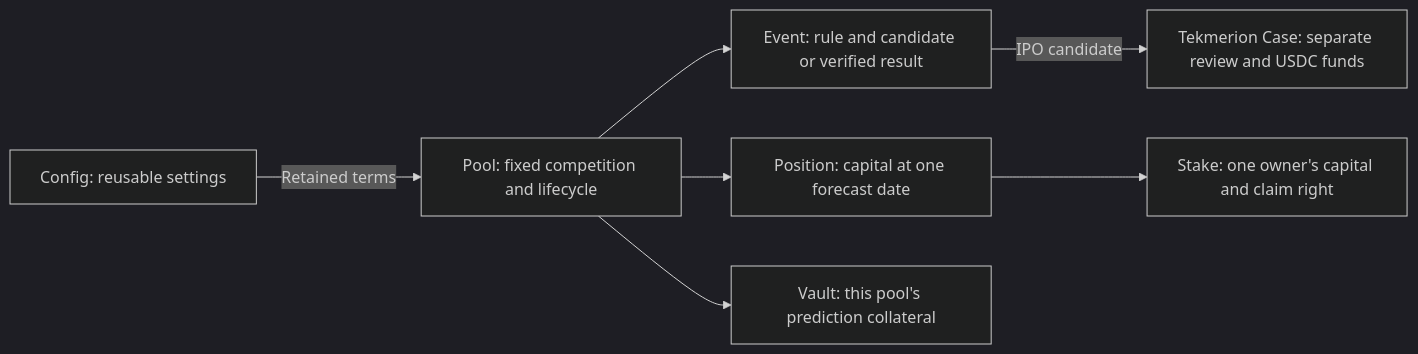
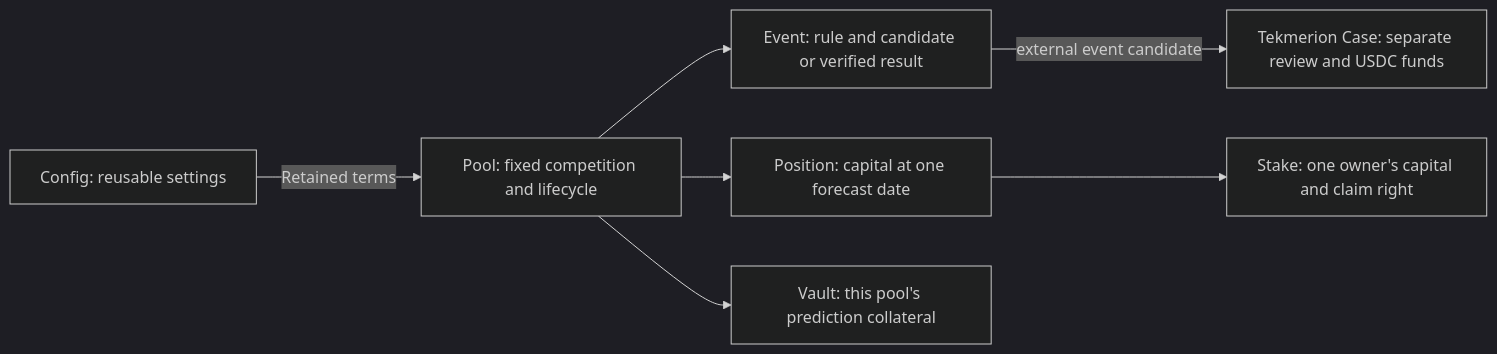
One commit to binqbit/manteon changed the second of 6 diagrams in docs/how-it-works.md. Above: the diagram before and after it, drawn with Mermaid (dark theme). The commit also changed other lines of this file and 33 other files, not shown here.

First line of the commit message:
Generalize company IPO markets to external events

````diff
--- a/docs/how-it-works.md
+++ b/docs/how-it-works.md
@@ -41,9 +41,9 @@
 ```mermaid
 flowchart LR
     Config["Config: reusable settings"] -->|"Retained terms"| Pool["Pool: fixed competition and lifecycle"]
     Pool --> Event["Event: rule and candidate or verified result"]
     Pool --> Position["Position: capital at one forecast date"]
     Position --> Stake["Stake: one owner's capital and claim right"]
     Pool --> Vault["Vault: this pool's prediction collateral"]
-    Event -->|"IPO candidate"| Review["Tekmerion Case: separate review and USDC funds"]
+    Event -->|"external event candidate"| Review["Tekmerion Case: separate review and USDC funds"]
 ```
````
